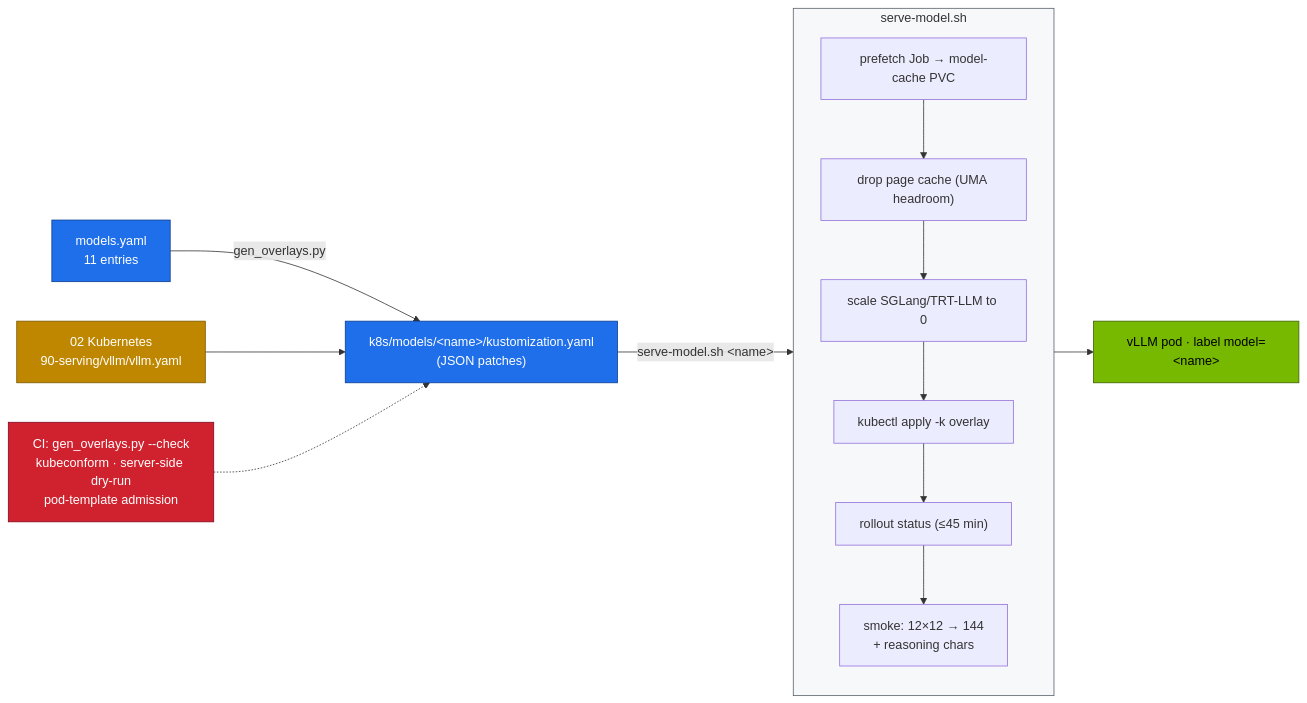
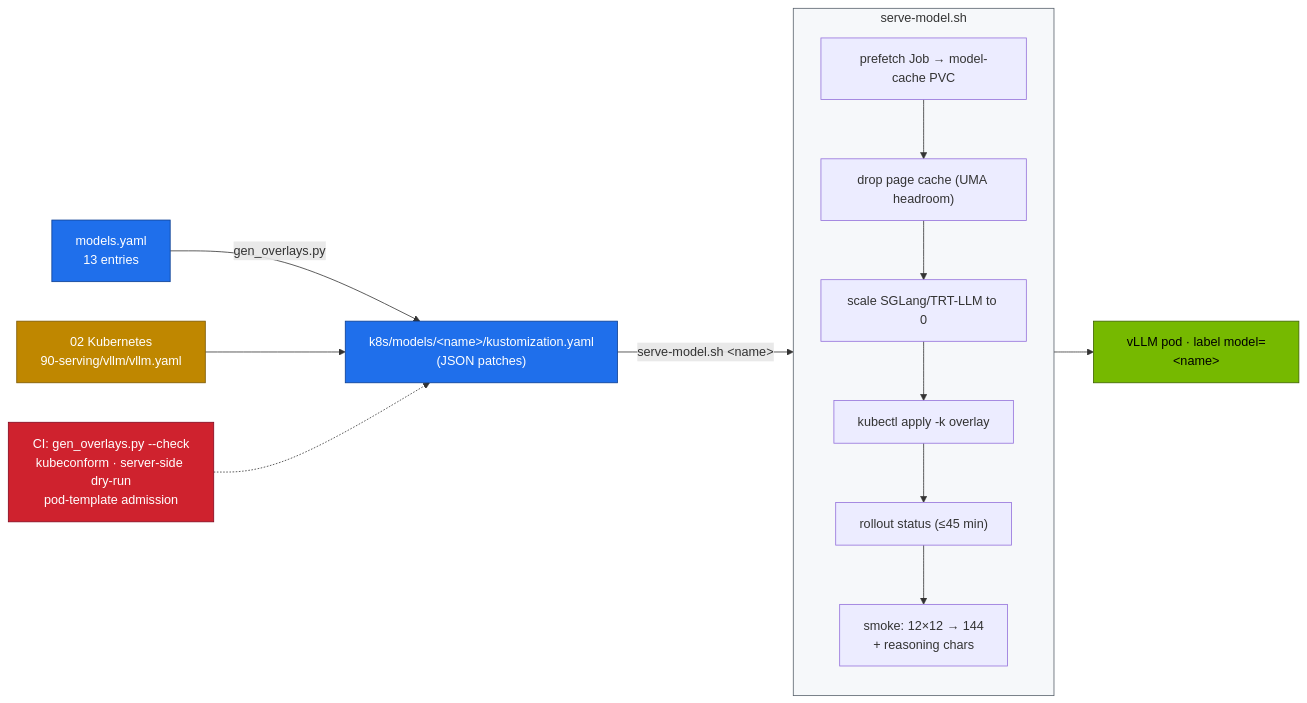
Before and after one commit to cloudone365/technical-depth: the diagram in 03 DeepSeek/15-vllm-serving-deepseek-and-qwen.md, drawn with Mermaid. The commit also changed other lines of this file and 11 other files, not shown here.

First line of the commit message:
03 DeepSeek: volumes 34-35 (vs Llama 3, vs Qwen2.5); r1-llama-8b and qwq-32b-awq catalog entries, compare-models.sh, latency and tokens-per-correct in the eval report

````diff
--- a/03 DeepSeek/15-vllm-serving-deepseek-and-qwen.md
+++ b/03 DeepSeek/15-vllm-serving-deepseek-and-qwen.md
@@ -23,21 +23,21 @@
 ```mermaid
 flowchart LR
-  CAT["models.yaml<br/>11 entries"] -->|"gen_overlays.py"| OV["k8s/models/&lt;name&gt;/kustomization.yaml<br/>(JSON patches)"]
+  CAT["models.yaml<br/>13 entries"] -->|"gen_overlays.py"| OV["k8s/models/&lt;name&gt;/kustomization.yaml<br/>(JSON patches)"]
   BASE["02 Kubernetes<br/>90-serving/vllm/vllm.yaml"] --> OV
   OV -->|"serve-model.sh &lt;name&gt;"| FLOW
   subgraph FLOW["serve-model.sh"]
     direction TB
     P1["prefetch Job → model-cache PVC"] --> P2["drop page cache (UMA headroom)"] --> P3["scale SGLang/TRT-LLM to 0"] --> P4["kubectl apply -k overlay"] --> P5["rollout status (≤45 min)"] --> P6["smoke: 12×12 → 144<br/>+ reasoning chars"]
   end
   FLOW --> V["vLLM pod · label model=&lt;name&gt;"]
   CI["CI: gen_overlays.py --check<br/>kubeconform · server-side dry-run<br/>pod-template admission"] -.-> OV
   classDef ctrl fill:#1f6feb,stroke:#0b3d91,color:#fff
   classDef gpu fill:#76b900,stroke:#3d6000,color:#000
   classDef store fill:#bf8700,stroke:#7a5600,color:#fff
   classDef sec fill:#cf222e,stroke:#82071e,color:#fff
   class CAT,OV ctrl
   class V gpu
   class BASE store
   class CI sec
   style FLOW fill:#f6f8fa,stroke:#57606a
 ```
````
